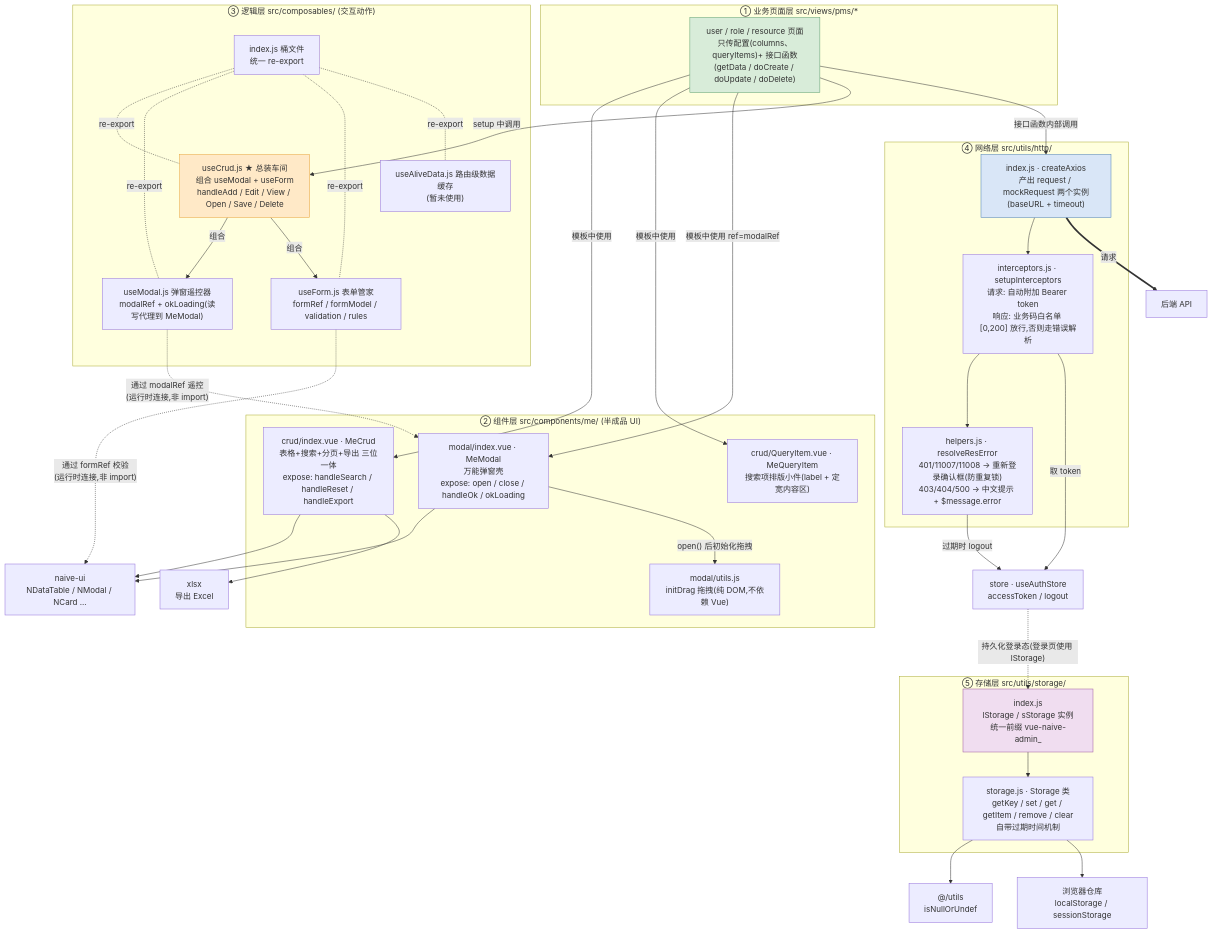
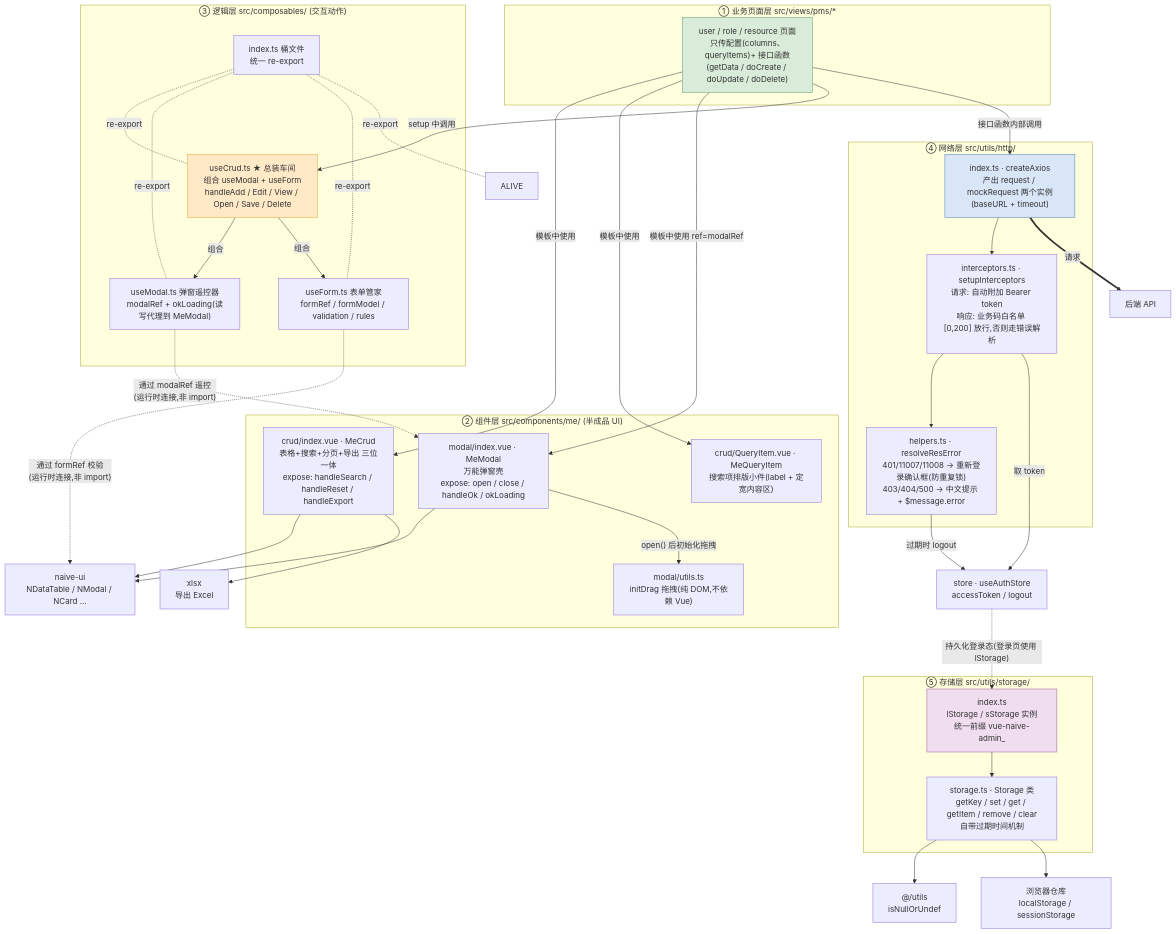
One commit to JiaxiLiang/vue-naive-admin changed the first of 2 diagrams in docs/module-architecture.md. Above: the diagram before and after it, drawn with Mermaid. The commit also changed other lines of this file and 93 other files, not shown here.

```diff
--- a/docs/module-architecture.md
+++ b/docs/module-architecture.md
@@ -17,29 +17,28 @@
         CRUD["crud/index.vue · MeCrud<br/>表格+搜索+分页+导出 三位一体<br/>expose: handleSearch / handleReset / handleExport"]
         QITEM["crud/QueryItem.vue · MeQueryItem<br/>搜索项排版小件(label + 定宽内容区)"]
         MODAL["modal/index.vue · MeModal<br/>万能弹窗壳<br/>expose: open / close / handleOk / okLoading"]
-        DRAG["modal/utils.js<br/>initDrag 拖拽(纯 DOM,不依赖 Vue)"]
+        DRAG["modal/utils.ts<br/>initDrag 拖拽(纯 DOM,不依赖 Vue)"]
     end
 
     %% ========== 逻辑层 ==========
     subgraph HOOK["③ 逻辑层 src/composables/ (交互动作)"]
-        IDX["index.js 桶文件<br/>统一 re-export"]
-        USECRUD["useCrud.js ★ 总装车间<br/>组合 useModal + useForm<br/>handleAdd / Edit / View / Open / Save / Delete"]
-        USEMODAL["useModal.js 弹窗遥控器<br/>modalRef + okLoading(读写代理到 MeModal)"]
-        USEFORM["useForm.js 表单管家<br/>formRef / formModel / validation / rules"]
-        ALIVE["useAliveData.js 路由级数据缓存<br/>(暂未使用)"]
+        IDX["index.ts 桶文件<br/>统一 re-export"]
+        USECRUD["useCrud.ts ★ 总装车间<br/>组合 useModal + useForm<br/>handleAdd / Edit / View / Open / Save / Delete"]
+        USEMODAL["useModal.ts 弹窗遥控器<br/>modalRef + okLoading(读写代理到 MeModal)"]
+        USEFORM["useForm.ts 表单管家<br/>formRef / formModel / validation / rules"]
     end
 
     %% ========== 网络层 ==========
     subgraph HTTP["④ 网络层 src/utils/http/"]
-        AXIDX["index.js · createAxios<br/>产出 request / mockRequest 两个实例<br/>(baseURL + timeout)"]
-        INTC["interceptors.js · setupInterceptors<br/>请求: 自动附加 Bearer token<br/>响应: 业务码白名单 [0,200] 放行,否则走错误解析"]
-        HELP["helpers.js · resolveResError<br/>401/11007/11008 → 重新登录确认框(防重复锁)<br/>403/404/500 → 中文提示 + $message.error"]
+        AXIDX["index.ts · createAxios<br/>产出 request / mockRequest 两个实例<br/>(baseURL + timeout)"]
+        INTC["interceptors.ts · setupInterceptors<br/>请求: 自动附加 Bearer token<br/>响应: 业务码白名单 [0,200] 放行,否则走错误解析"]
+        HELP["helpers.ts · resolveResError<br/>401/11007/11008 → 重新登录确认框(防重复锁)<br/>403/404/500 → 中文提示 + $message.error"]
     end
 
     %% ========== 存储层 ==========
     subgraph STOR["⑤ 存储层 src/utils/storage/"]
-        SIDX["index.js<br/>lStorage / sStorage 实例<br/>统一前缀 vue-naive-admin_"]
-        SCLS["storage.js · Storage 类<br/>getKey / set / get / getItem / remove / clear<br/>自带过期时间机制"]
+        SIDX["index.ts<br/>lStorage / sStorage 实例<br/>统一前缀 vue-naive-admin_"]
+        SCLS["storage.ts · Storage 类<br/>getKey / set / get / getItem / remove / clear<br/>自带过期时间机制"]
     end
 
     %% ========== 外部依赖 ==========
```
